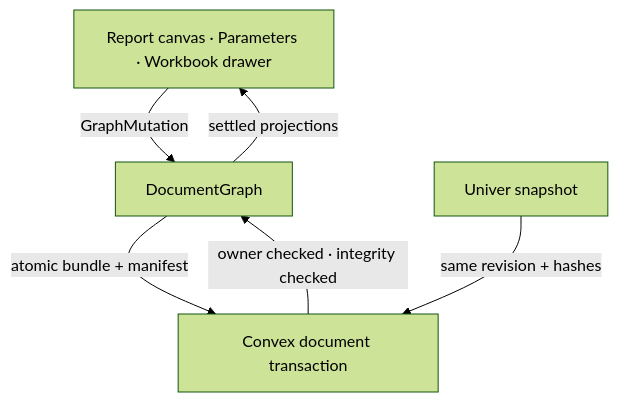
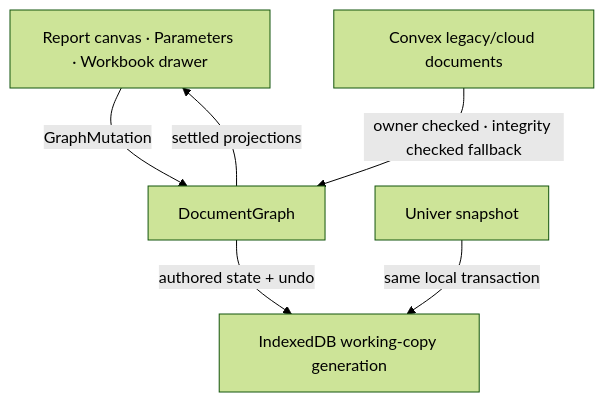
The diagram in ARCHITECTURE.md (cesarecaoduro/OctoMeta), drawn with Mermaid (forest theme) before and after one commit. The commit also changed other lines of this file and 23 other files, not shown here.

First line of the commit message:
feat(workspace): persist local working copies

````diff
--- a/ARCHITECTURE.md
+++ b/ARCHITECTURE.md
@@ -23,8 +23,8 @@
 ```mermaid
 flowchart TB
   UI["Report canvas · Parameters · Workbook drawer"] -->|"GraphMutation"| G["DocumentGraph"]
   G -->|"settled projections"| UI
-  G -->|"atomic bundle + manifest"| P["Convex document transaction"]
-  U["Univer snapshot"] -->|"same revision + hashes"| P
-  P -->|"owner checked · integrity checked"| G
+  G -->|"authored state + undo"| L["IndexedDB working-copy generation"]
+  U["Univer snapshot"] -->|"same local transaction"| L
+  P["Convex legacy/cloud documents"] -->|"owner checked · integrity checked fallback"| G
 ```
````
